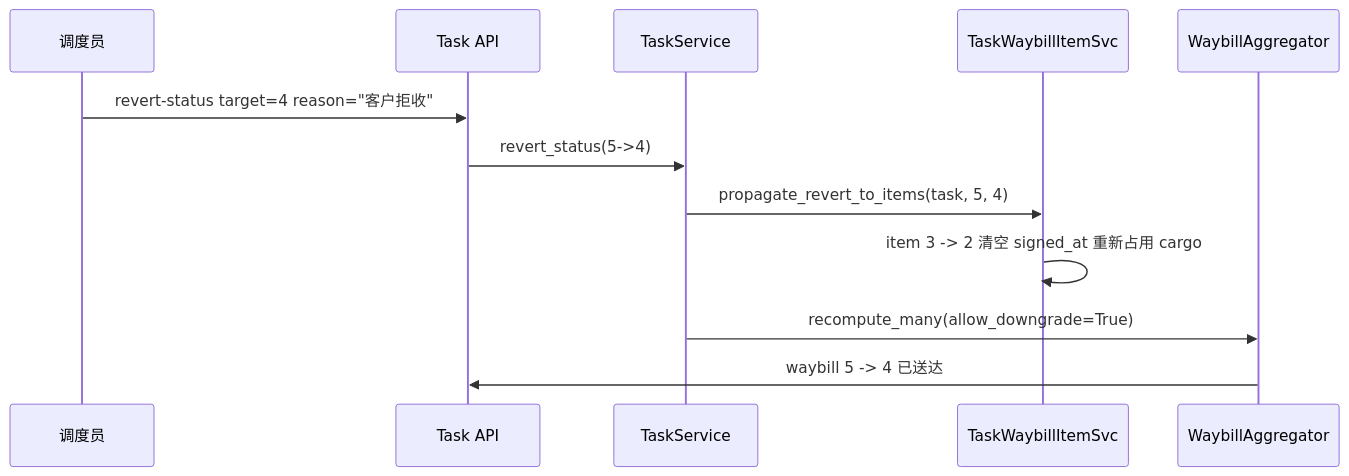
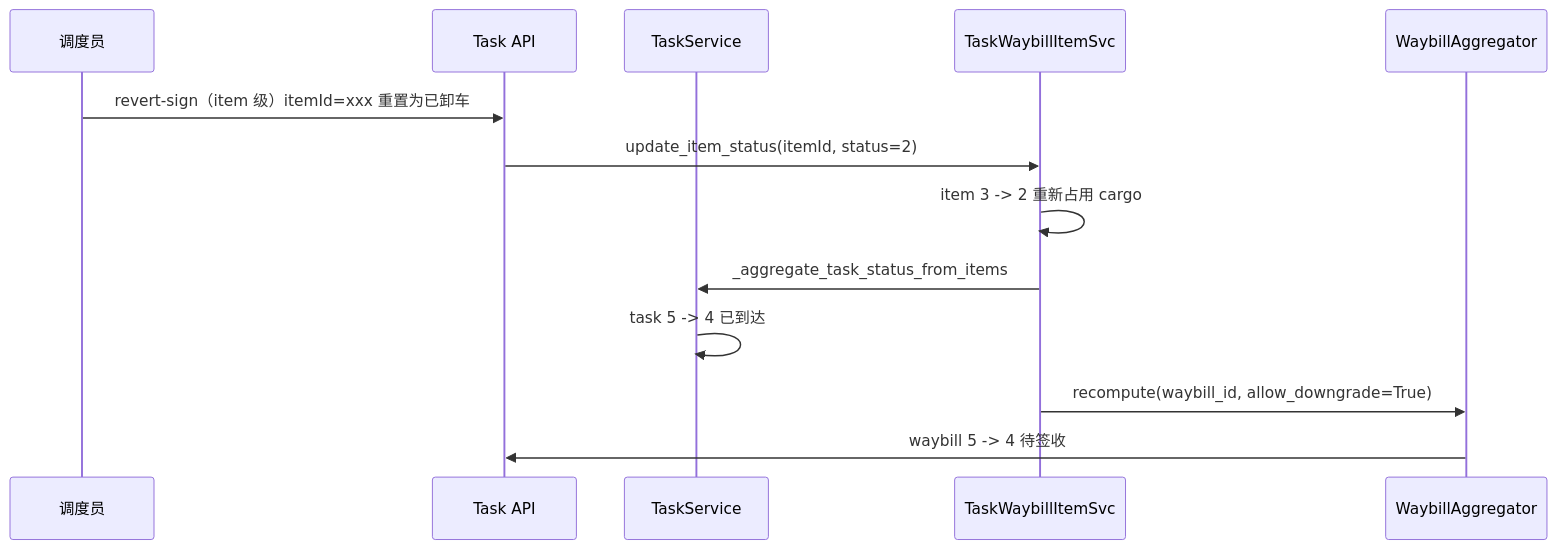
Before and after one commit to lei-happy/duoling: the third of 6 diagrams in 项目文档/02.需求文档/02.企业端/06.运营调度模块/02.运单与任务单状态机联动设计.md, drawn with Mermaid. The commit also changed other lines of this file and 51 other files, not shown here.

````diff
--- a/项目文档/02.需求文档/02.企业端/06.运营调度模块/02.运单与任务单状态机联动设计.md
+++ b/项目文档/02.需求文档/02.企业端/06.运营调度模块/02.运单与任务单状态机联动设计.md
@@ -381,15 +434,16 @@
 ```mermaid
 sequenceDiagram
     participant U as 调度员
     participant API as Task API
     participant TS as TaskService
     participant TWS as TaskWaybillItemSvc
     participant WAG as WaybillAggregator
 
-    U->>API: revert-status target=4 reason="客户拒收"
-    API->>TS: revert_status(5->4)
-    TS->>TWS: propagate_revert_to_items(task, 5, 4)
-    TWS->>TWS: item 3 -> 2 清空 signed_at 重新占用 cargo
-    TS->>WAG: recompute_many(allow_downgrade=True)
-    WAG->>API: waybill 5 -> 4 已送达
+    U->>API: revert-sign（item 级）itemId=xxx 重置为已卸车
+    API->>TWS: update_item_status(itemId, status=2)
+    TWS->>TWS: item 3 -> 2 重新占用 cargo
+    TWS->>TS: _aggregate_task_status_from_items
+    TS->>TS: task 5 -> 4 已到达
+    TWS->>WAG: recompute(waybill_id, allow_downgrade=True)
+    WAG->>API: waybill 5 -> 4 待签收
 ```
````
